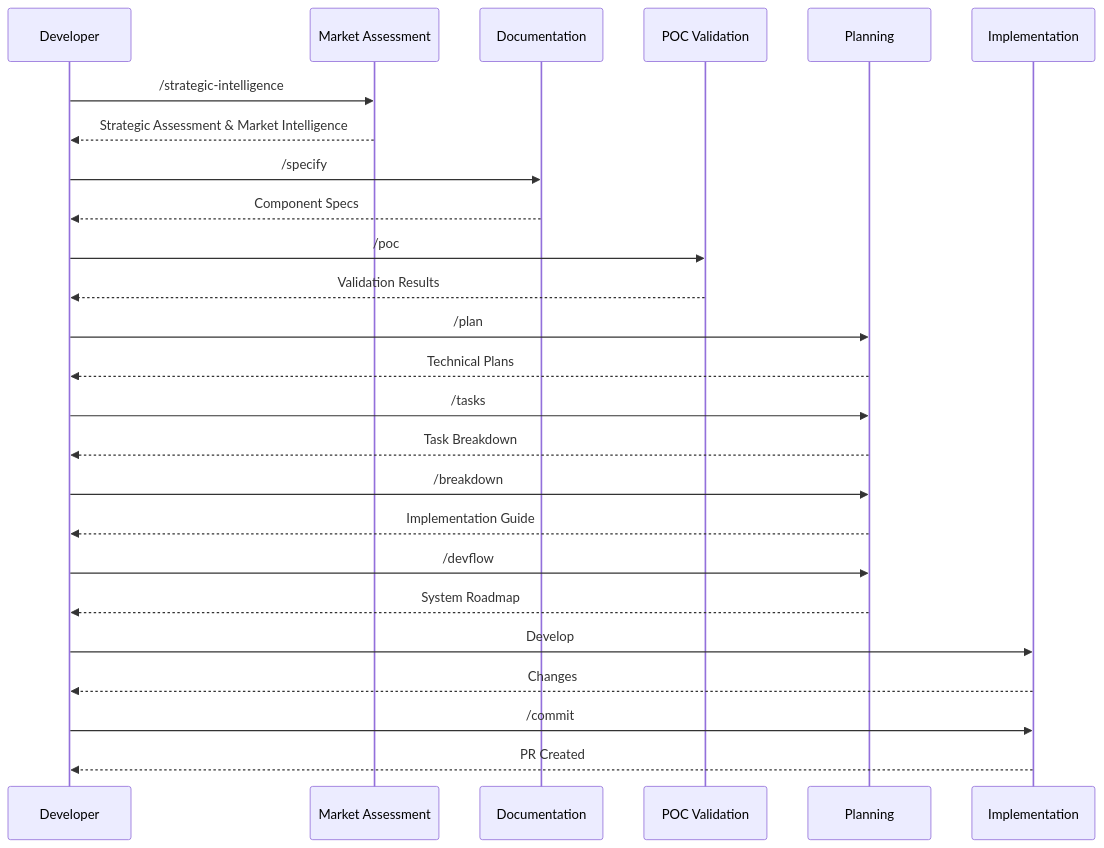
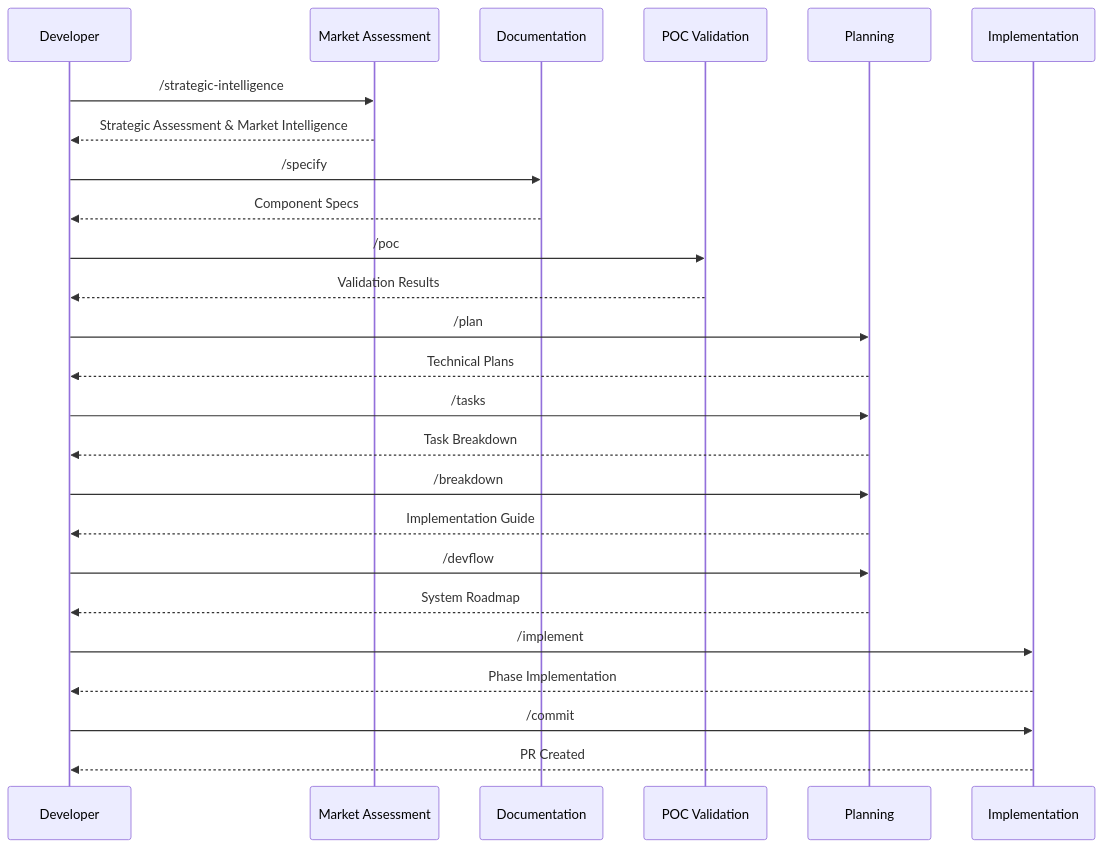
The ninth of 23 diagrams in commands/WORKFLOW.md (Mathews-Tom/sage-dev), drawn with Mermaid before and after one commit. The commit also changed other lines of this file and 2 other files, not shown here.

First line of the commit message:
docs: introduce /implement command and integrate phased implementation across workflow

````diff
--- a/commands/WORKFLOW.md
+++ b/commands/WORKFLOW.md
@@ -183,36 +208,36 @@
 ```mermaid
 sequenceDiagram
     participant Dev as Developer
     participant Assessment as Market Assessment
     participant Docs as Documentation
     participant POC as POC Validation
     participant Plan as Planning
     participant Code as Implementation
 
     Dev->>Assessment: /strategic-intelligence
     Assessment-->>Dev: Strategic Assessment & Market Intelligence
 
     Dev->>Docs: /specify
     Docs-->>Dev: Component Specs
 
     Dev->>POC: /poc
     POC-->>Dev: Validation Results
 
     Dev->>Plan: /plan
     Plan-->>Dev: Technical Plans
 
     Dev->>Plan: /tasks
     Plan-->>Dev: Task Breakdown
 
     Dev->>Plan: /breakdown
     Plan-->>Dev: Implementation Guide
 
     Dev->>Plan: /devflow
     Plan-->>Dev: System Roadmap
 
-    Dev->>Code: Develop
-    Code-->>Dev: Changes
+    Dev->>Code: /implement
+    Code-->>Dev: Phase Implementation
 
     Dev->>Code: /commit
     Code-->>Dev: PR Created
 ```
````
